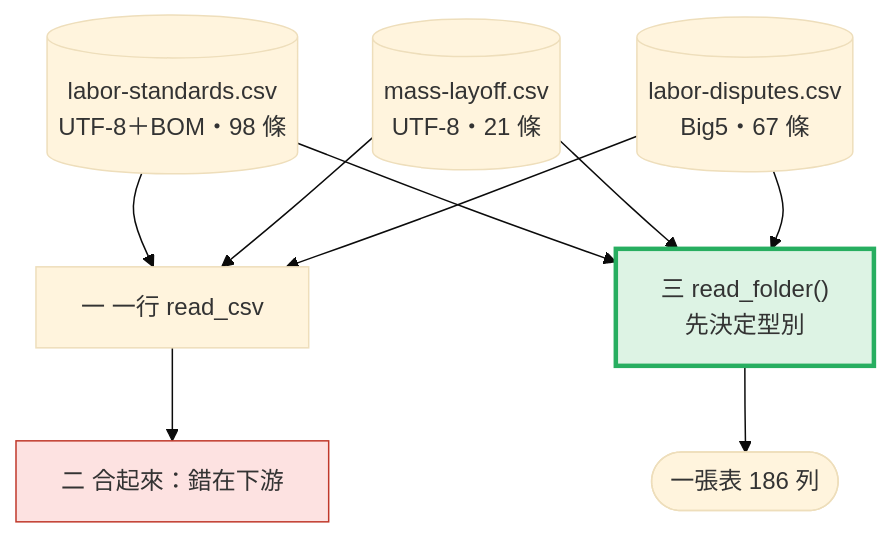
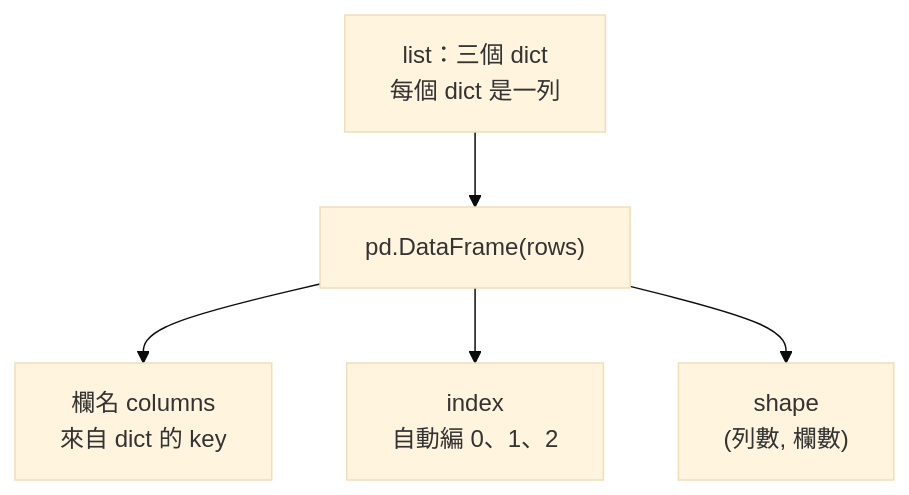
One commit to 4-learn/data-analysis-and-process-demo changed the fifth of 15 diagrams in docs/2.md. Above: the diagram before and after it, drawn with Mermaid (base theme). The commit also changed other lines of this file and 189 other files, not shown here.

````diff
--- a/docs/2.md
+++ b/docs/2.md
@@ -23,13 +110,9 @@
 ```mermaid
 flowchart TD
-    A[("labor-standards.csv<br/>UTF-8＋BOM・98 條")] --> N["一 一行 read_csv"]
-    B[("mass-layoff.csv<br/>UTF-8・21 條")] --> N
-    C[("labor-disputes.csv<br/>Big5・67 條")] --> N
-    N --> P["二 合起來：錯在下游"]
-    A --> R["三 read_folder()<br/>先決定型別"]
-    B --> R
-    C --> R
-    R --> T(["一張表 186 列"])
-    style P fill:#fde2e1,stroke:#c0392b
-    style R fill:#ddf3e4,stroke:#27ae60,stroke-width:3px
+    A["list：三個 dict<br/>每個 dict 是一列"] --> B["pd.DataFrame(rows)"]
+    B --> C["欄名 columns<br/>來自 dict 的 key"]
+    B --> D["index<br/>自動編 0、1、2"]
+    B --> E["shape<br/>(列數, 欄數)"]
+    classDef bad fill:#fde2e1,stroke:#c0392b
+    classDef good fill:#ddf3e4,stroke:#27ae60
 ```
````
